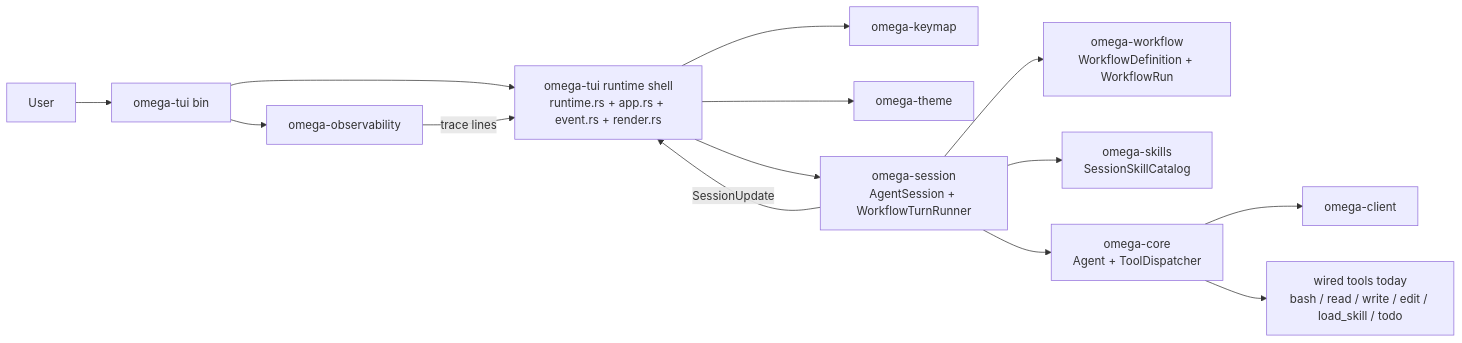
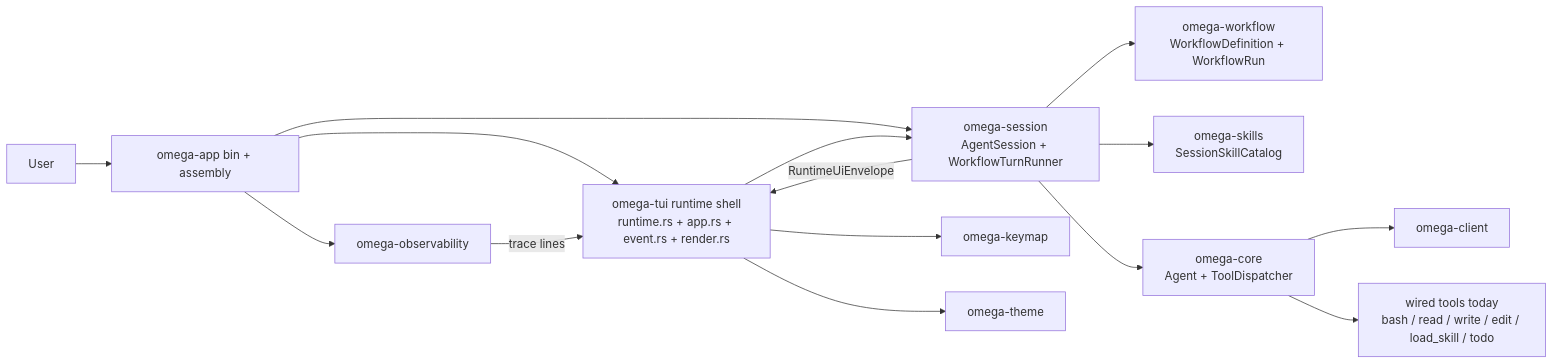
Before and after one commit to Genuineh/omega: the first of 2 diagrams in docs/specs/omega-runtime-ui-message-contract.md, drawn with Mermaid. The commit also changed other lines of this file and 27 other files, not shown here.

````diff
--- a/docs/specs/omega-runtime-ui-message-contract.md
+++ b/docs/specs/omega-runtime-ui-message-contract.md
@@ -53,16 +55,17 @@
 ```mermaid
 flowchart LR
-    User[User] --> TuiBin[omega-tui bin]
-    TuiBin --> Obs[omega-observability]
-    TuiBin --> TuiShell[omega-tui runtime shell\nruntime.rs + app.rs + event.rs + render.rs]
+    User[User] --> App[omega-app bin + assembly]
+    App --> Obs[omega-observability]
+    App --> TuiShell[omega-tui runtime shell\nruntime.rs + app.rs + event.rs + render.rs]
+    App --> Session
     TuiShell --> Keymap[omega-keymap]
     TuiShell --> Theme[omega-theme]
     TuiShell --> Session[omega-session\nAgentSession + WorkflowTurnRunner]
     Session --> Workflow[omega-workflow\nWorkflowDefinition + WorkflowRun]
     Session --> Skills[omega-skills\nSessionSkillCatalog]
     Session --> Core[omega-core\nAgent + ToolDispatcher]
     Core --> Client[omega-client]
     Core --> WiredTools[wired tools today\nbash / read / write / edit / load_skill / todo]
-    Session -- SessionUpdate --> TuiShell
+    Session -- RuntimeUiEnvelope --> TuiShell
     Obs -- trace lines --> TuiShell
 ```
````
